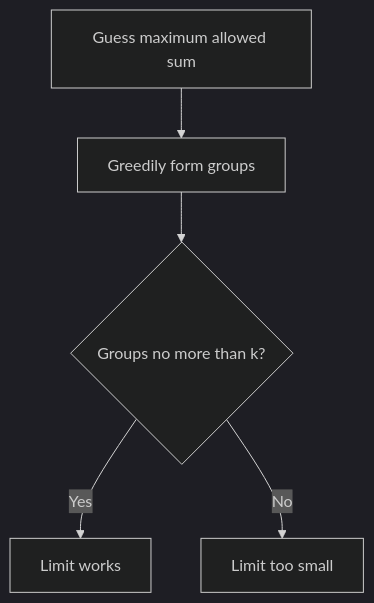
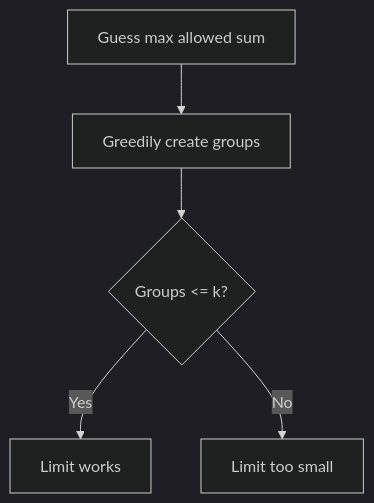
Diagram 18 of 24 in CP_DSA_NOTES/CONCEPT_FRAMEWORK_FORMS_TATICS/binary_search_playbook.md (mthaiseer/springcloud-systemdesign-notes), drawn with Mermaid (dark theme) before and after one commit. The commit also changed other lines of this file, not shown here.

````diff
--- a/CP_DSA_NOTES/CONCEPT_FRAMEWORK_FORMS_TATICS/binary_search_playbook.md
+++ b/CP_DSA_NOTES/CONCEPT_FRAMEWORK_FORMS_TATICS/binary_search_playbook.md
@@ -629,7 +654,7 @@
 ```mermaid
 flowchart TD
-    A["Guess maximum allowed sum"] --> B["Greedily form groups"]
-    B --> C{"Groups no more than k?"}
+    A["Guess max allowed sum"] --> B["Greedily create groups"]
+    B --> C{"Groups <= k?"}
     C -->|"Yes"| D["Limit works"]
     C -->|"No"| E["Limit too small"]
 ```
````
